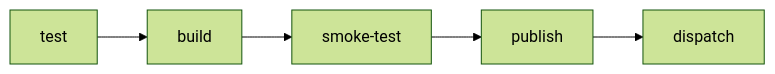
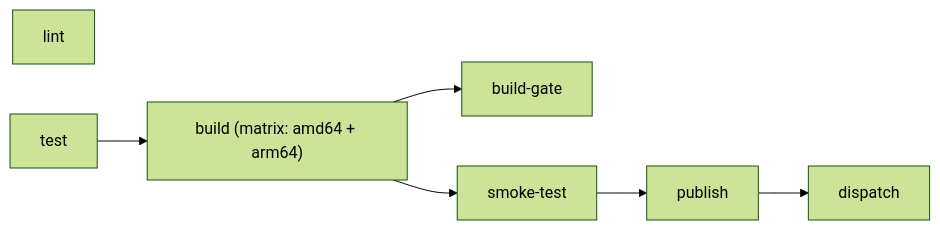
One commit to gbrlmzl/sistema-controle-despesas-api changed the fourth of 5 diagrams in README.md. Above: the diagram before and after it, drawn with Mermaid (forest theme). The commit also changed other lines of this file, not shown here.

````diff
--- a/README.md
+++ b/README.md
@@ -580,4 +622,7 @@
 ```mermaid
 flowchart LR
-    T[test] --> B[build] --> S[smoke-test] --> P[publish] --> D[dispatch]
+    L[lint]
+    T[test] --> B["build (matrix: amd64 + arm64)"]
+    B --> G[build-gate]
+    B --> S[smoke-test] --> P[publish] --> D[dispatch]
 ```
````
